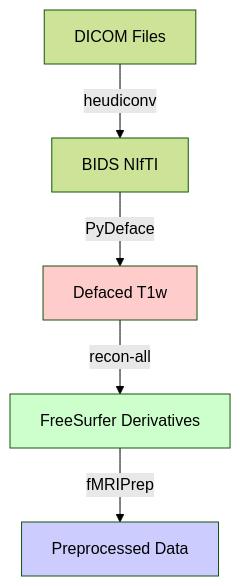
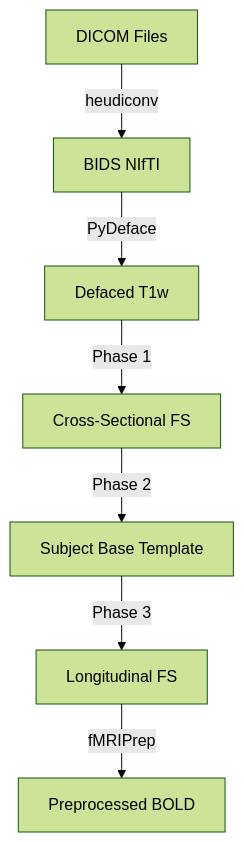
The diagram in README.md (XiaoqianXiao/R01_preprocess), drawn with Mermaid (forest theme) before and after one commit. The commit also changed other lines of this file and 9 other files, not shown here.

````diff
--- a/README.md
+++ b/README.md
@@ -265,11 +198,9 @@
 ```mermaid
 graph TD
     A[DICOM Files] -->|heudiconv| B[BIDS NIfTI]
     B -->|PyDeface| C[Defaced T1w]
-    C -->|recon-all| D[FreeSurfer Derivatives]
-    D -->|fMRIPrep| E[Preprocessed Data]
-    
-    style C fill:#ffcccc
-    style D fill:#ccffcc
-    style E fill:#ccccff
+    C -->|Phase 1| D[Cross-Sectional FS]
+    D -->|Phase 2| E[Subject Base Template]
+    E -->|Phase 3| F[Longitudinal FS]
+    F -->|fMRIPrep| G[Preprocessed BOLD]
 ```
````
